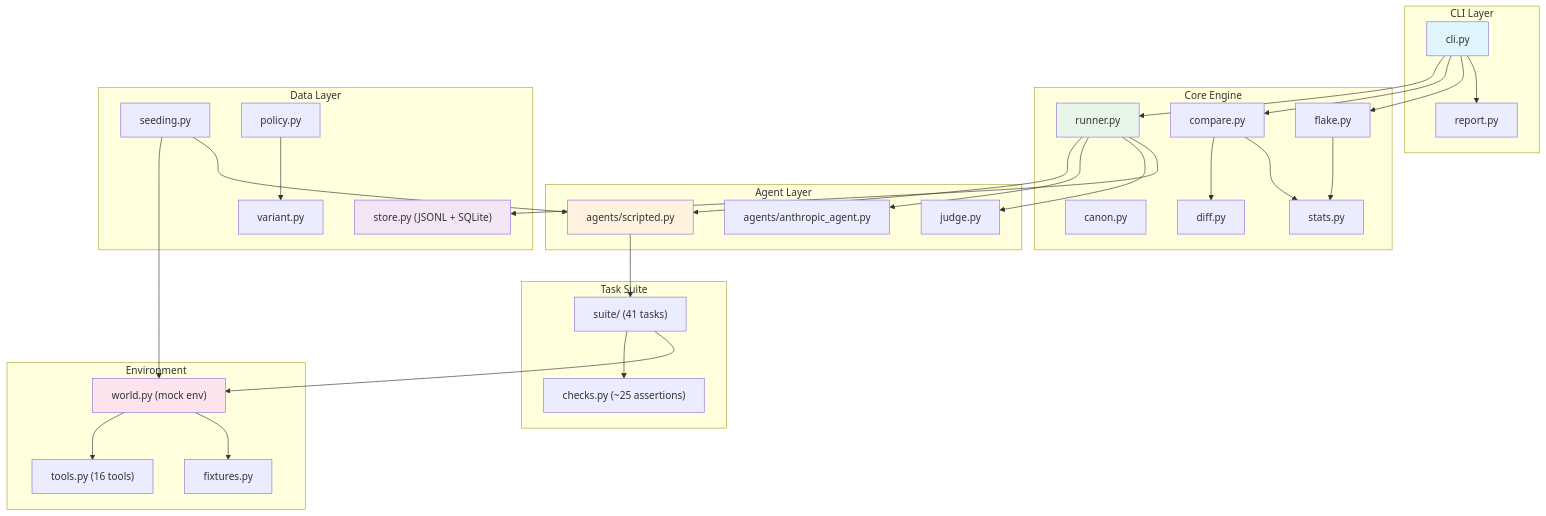
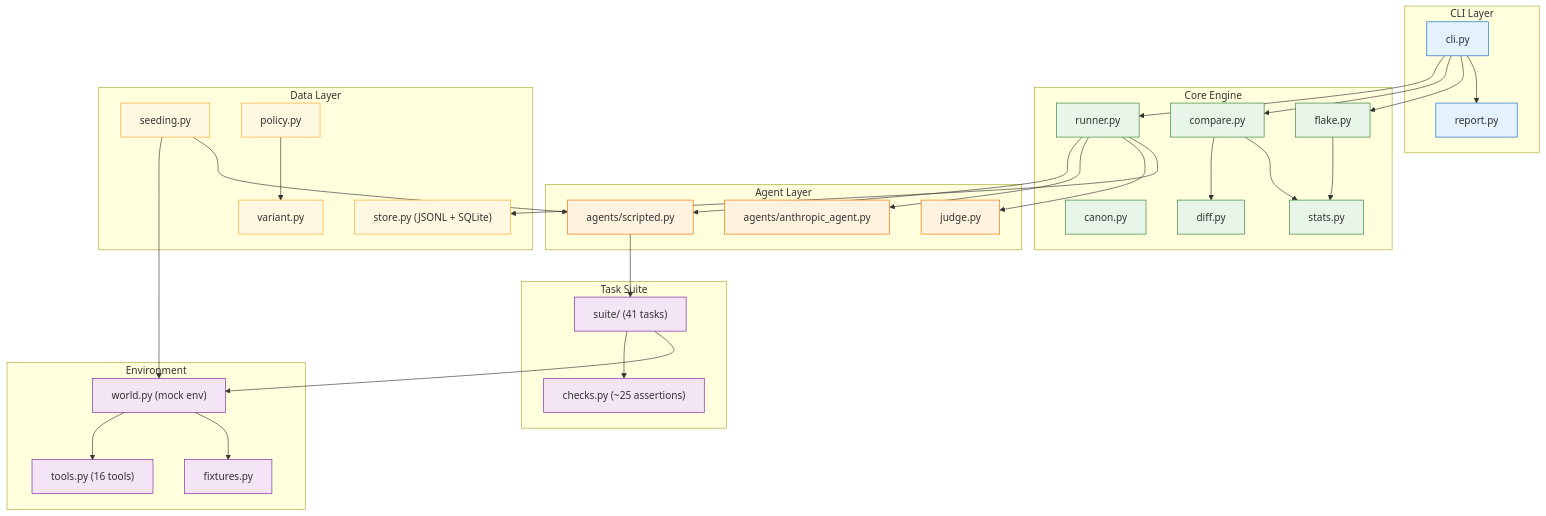
One commit to Mehul-bisht-0/Driftbench--AI-regression-testing-harness changed the sixth of 11 diagrams in README.md. Above: the diagram before and after it, drawn with Mermaid. The commit also changed other lines of this file, not shown here.

````diff
--- a/README.md
+++ b/README.md
@@ -340,71 +352,86 @@
 ```mermaid
 graph TB
-    subgraph "CLI Layer"
-        CLI["cli.py"]
-        REPORT["report.py"]
+    subgraph CLI["CLI Layer"]
+        CLI1["cli.py"]
+        CLI2["report.py"]
     end
 
-    subgraph "Core Engine"
-        RUNNER["runner.py"]
-        CANON["canon.py"]
-        DIFF["diff.py"]
-        STATS["stats.py"]
-        FLAKE["flake.py"]
-        COMPARE["compare.py"]
+    subgraph Engine["Core Engine"]
+        E1["runner.py"]
+        E2["canon.py"]
+        E3["diff.py"]
+        E4["stats.py"]
+        E5["flake.py"]
+        E6["compare.py"]
     end
 
-    subgraph "Agent Layer"
-        SCRIPTED["agents/scripted.py"]
-        ANTHROPIC["agents/anthropic_agent.py"]
-        JUDGE["judge.py"]
+    subgraph Agents["Agent Layer"]
+        A1["agents/scripted.py"]
+        A2["agents/anthropic_agent.py"]
+        A3["judge.py"]
     end
 
-    subgraph "Task Suite"
-        SUITE["suite/ (41 tasks)"]
-        CHECKS["checks.py (~25 assertions)"]
+    subgraph Tasks["Task Suite"]
+        T1["suite/ (41 tasks)"]
+        T2["checks.py (~25 assertions)"]
     end
 
-    subgraph "Environment"
-        WORLD["world.py (mock env)"]
-        TOOLS["tools.py (16 tools)"]
-        FIXTURES["fixtures.py"]
+    subgraph Env["Environment"]
+        V1["world.py (mock env)"]
+        V2["tools.py (16 tools)"]
+        V3["fixtures.py"]
     end
 
-    subgraph "Data Layer"
-        STORE["store.py (JSONL + SQLite)"]
-        SEEDING["seeding.py"]
-        POLICY["policy.py"]
-        VARIANT["variant.py"]
+    subgraph Data["Data Layer"]
+        D1["store.py (JSONL + SQLite)"]
+        D2["seeding.py"]
+        D3["policy.py"]
+        D4["variant.py"]
     end
 
-    CLI --> RUNNER
-    CLI --> COMPARE
-    CLI --> FLAKE
-    CLI --> REPORT
+    CLI1 --> E1
+    CLI1 --> E6
+    CLI1 --> E5
+    CLI1 --> CLI2
 
-    RUNNER --> SCRIPTED
-    RUNNER --> ANTHROPIC
-    RUNNER --> JUDGE
+    E1 --> A1
+    E1 --> A2
+    E1 --> A3
 
-    SCRIPTED --> SUITE
-    SUITE --> CHECKS
+    A1 --> T1
+    T1 --> T2
 
-    SUITE --> WORLD
-    WORLD --> TOOLS
-    WORLD --> FIXTURES
+    T1 --> V1
+    V1 --> V2
+    V1 --> V3
 
-    RUNNER --> STORE
-    COMPARE --> DIFF
-    COMPARE --> STATS
-    FLAKE --> STATS
+    E1 --> D1
+    E6 --> E3
+    E6 --> E4
+    E5 --> E4
 
-    POLICY --> VARIANT
-    SEEDING --> WORLD
-    SEEDING --> SCRIPTED
+    D3 --> D4
+    D2 --> V1
+    D2 --> A1
 
-    style CLI fill:#e1f5fe
-    style RUNNER fill:#e8f5e9
-    style SCRIPTED fill:#fff3e0
-    style WORLD fill:#fce4ec
-    style STORE fill:#f3e5f5
+    style CLI1 fill:#e3f2fd,stroke:#1565c0
+    style CLI2 fill:#e3f2fd,stroke:#1565c0
+    style E1 fill:#e8f5e9,stroke:#2e7d32
+    style E2 fill:#e8f5e9,stroke:#2e7d32
+    style E3 fill:#e8f5e9,stroke:#2e7d32
+    style E4 fill:#e8f5e9,stroke:#2e7d32
+    style E5 fill:#e8f5e9,stroke:#2e7d32
+    style E6 fill:#e8f5e9,stroke:#2e7d32
+    style A1 fill:#fff3e0,stroke:#ef6c00
+    style A2 fill:#fff3e0,stroke:#ef6c00
+    style A3 fill:#fff3e0,stroke:#ef6c00
+    style T1 fill:#f3e5f5,stroke:#7b1fa2
+    style T2 fill:#f3e5f5,stroke:#7b1fa2
+    style V1 fill:#f3e5f5,stroke:#7b1fa2
+    style V2 fill:#f3e5f5,stroke:#7b1fa2
+    style V3 fill:#f3e5f5,stroke:#7b1fa2
+    style D1 fill:#fff8e1,stroke:#f9a825
+    style D2 fill:#fff8e1,stroke:#f9a825
+    style D3 fill:#fff8e1,stroke:#f9a825
+    style D4 fill:#fff8e1,stroke:#f9a825
 ```
````
